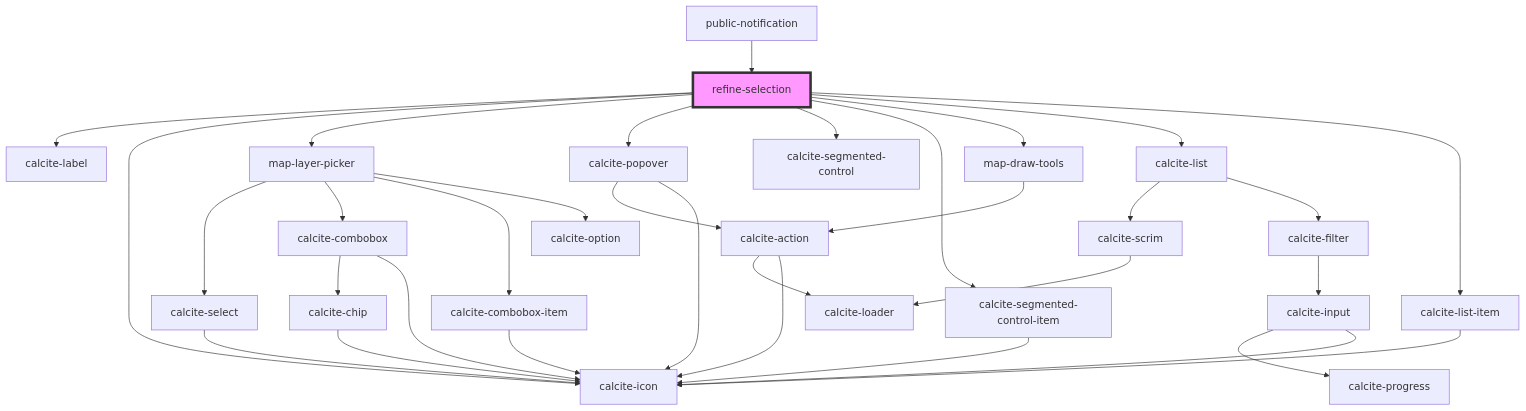
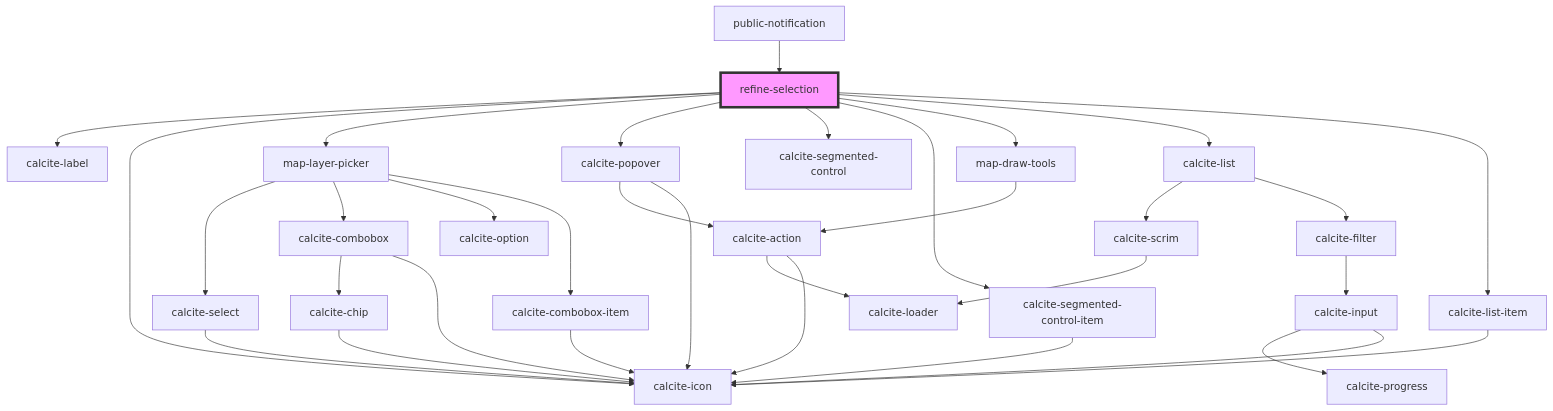
Before and after one commit to Esri/solutions-components: the diagram in src/components/refine-selection/readme.md, drawn with Mermaid. The commit also changed other lines of this file and 8 other files, not shown here.

Commit message:
start update to map layer picker

````diff
--- a/src/components/refine-selection/readme.md
+++ b/src/components/refine-selection/readme.md
@@ -48,36 +48,36 @@
 ```mermaid
 graph TD;
   refine-selection --> calcite-label
   refine-selection --> calcite-icon
   refine-selection --> map-layer-picker
   refine-selection --> calcite-popover
   refine-selection --> calcite-segmented-control
   refine-selection --> calcite-segmented-control-item
   refine-selection --> map-draw-tools
   refine-selection --> calcite-list
   refine-selection --> calcite-list-item
   map-layer-picker --> calcite-select
   map-layer-picker --> calcite-combobox
+  map-layer-picker --> calcite-option
   map-layer-picker --> calcite-combobox-item
-  map-layer-picker --> calcite-option
   calcite-select --> calcite-icon
   calcite-combobox --> calcite-chip
   calcite-combobox --> calcite-icon
   calcite-chip --> calcite-icon
   calcite-combobox-item --> calcite-icon
   calcite-popover --> calcite-action
   calcite-popover --> calcite-icon
   calcite-action --> calcite-loader
   calcite-action --> calcite-icon
   calcite-segmented-control-item --> calcite-icon
   map-draw-tools --> calcite-action
   calcite-list --> calcite-scrim
   calcite-list --> calcite-filter
   calcite-scrim --> calcite-loader
   calcite-filter --> calcite-input
   calcite-input --> calcite-progress
   calcite-input --> calcite-icon
   calcite-list-item --> calcite-icon
   public-notification --> refine-selection
   style refine-selection fill:#f9f,stroke:#333,stroke-width:4px
 ```
````
